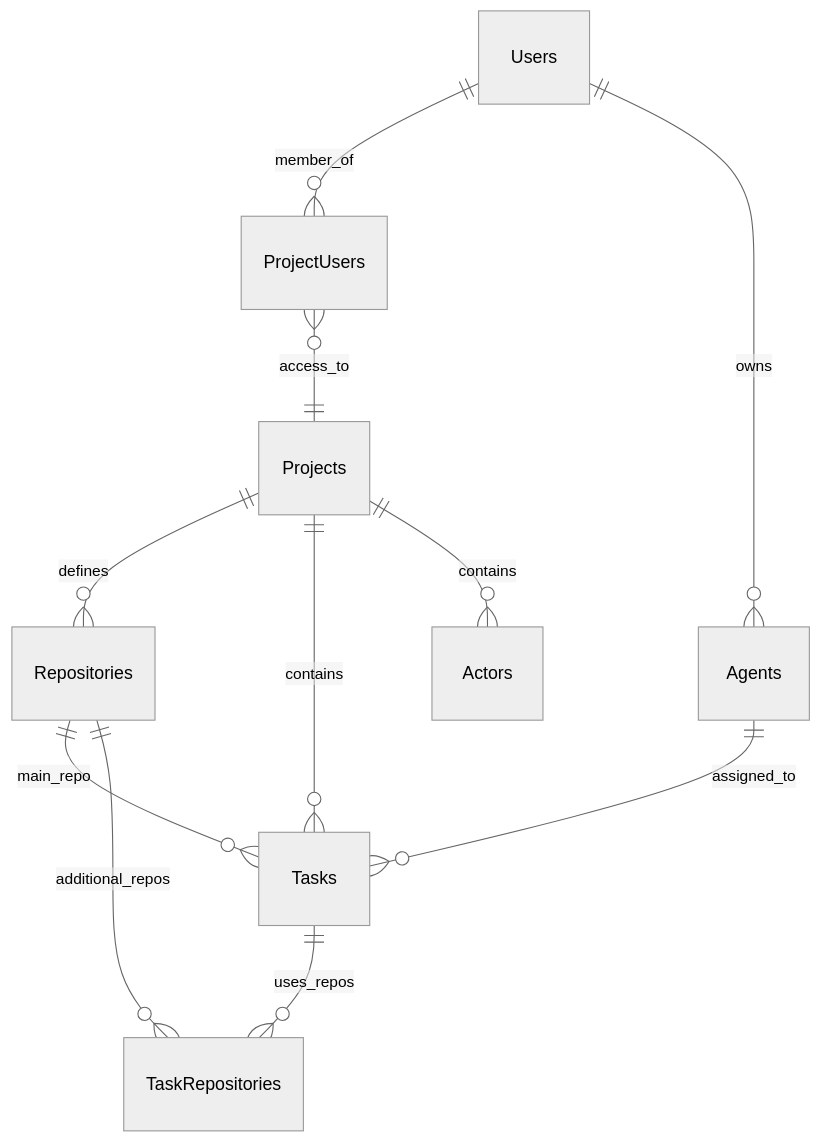
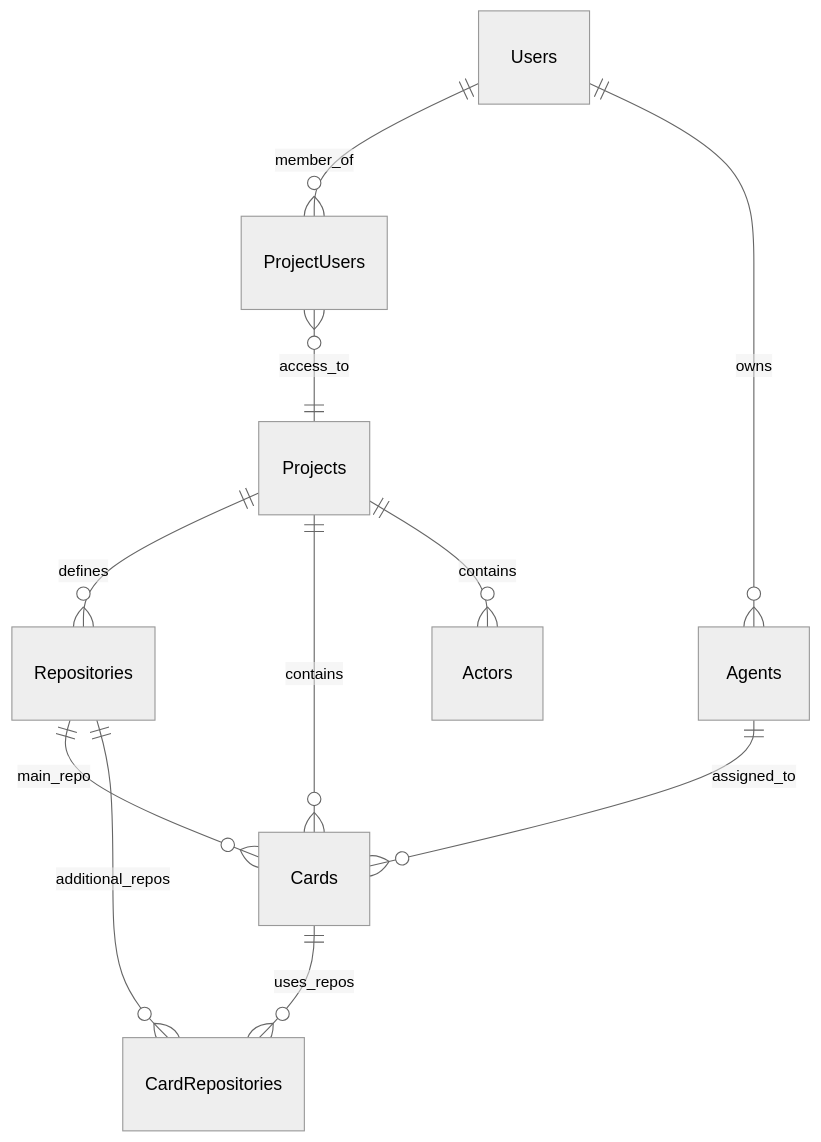
One commit to ivawzh/v0-bun-hono-tanstack-router changed the diagram in docs/overview.md. Above: the diagram before and after it, drawn with Mermaid (neutral theme). The commit also changed other lines of this file and 4 other files, not shown here.

First line of the commit message:
Documentation updates: standardize terminology (task→card, status→column, stage→mode)

````diff
--- a/docs/overview.md
+++ b/docs/overview.md
@@ -170,13 +170,13 @@
 ```mermaid
 erDiagram
     Users ||--o{ ProjectUsers : member_of
     ProjectUsers }o--|| Projects : access_to
     Users ||--o{ Agents : owns
     Projects ||--o{ Repositories : defines
-    Projects ||--o{ Tasks : contains
+    Projects ||--o{ Cards : contains
     Projects ||--o{ Actors : contains
-    Agents ||--o{ Tasks : assigned_to
-    Repositories ||--o{ Tasks : main_repo
-    Repositories ||--o{ TaskRepositories : additional_repos
-    Tasks ||--o{ TaskRepositories : uses_repos
+    Agents ||--o{ Cards : assigned_to
+    Repositories ||--o{ Cards : main_repo
+    Repositories ||--o{ CardRepositories : additional_repos
+    Cards ||--o{ CardRepositories : uses_repos
 ```
````
